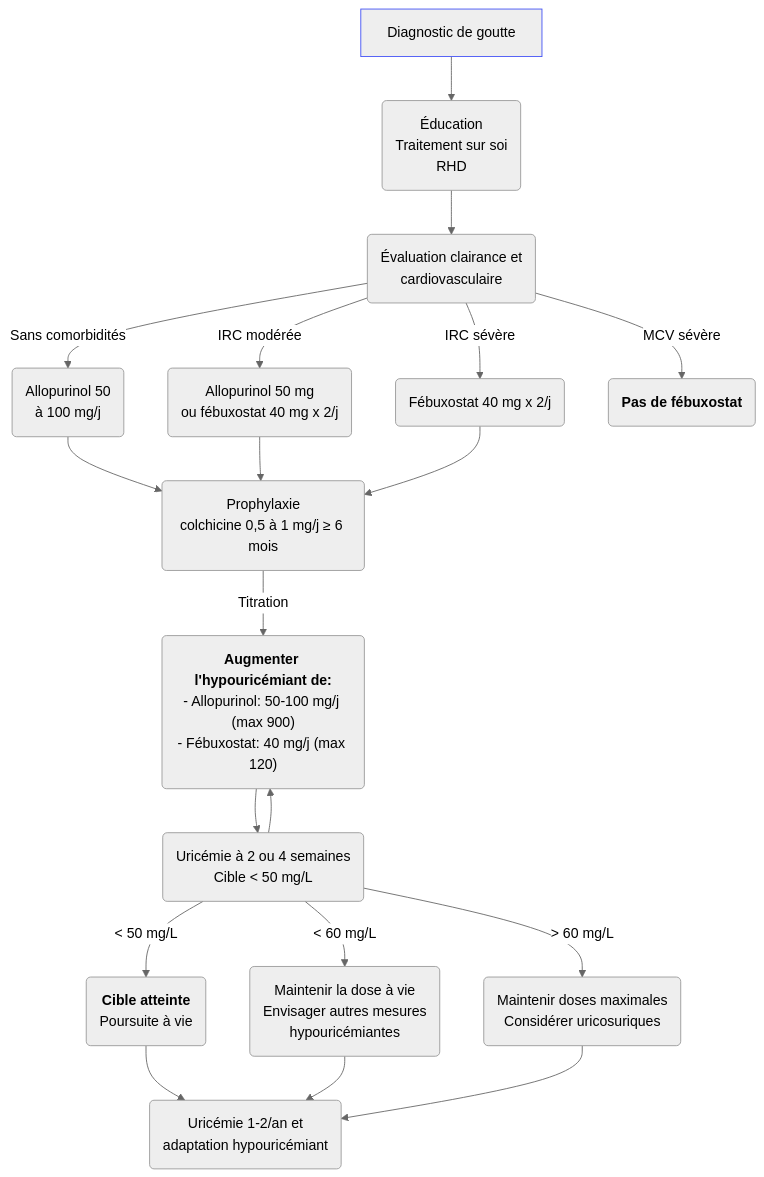
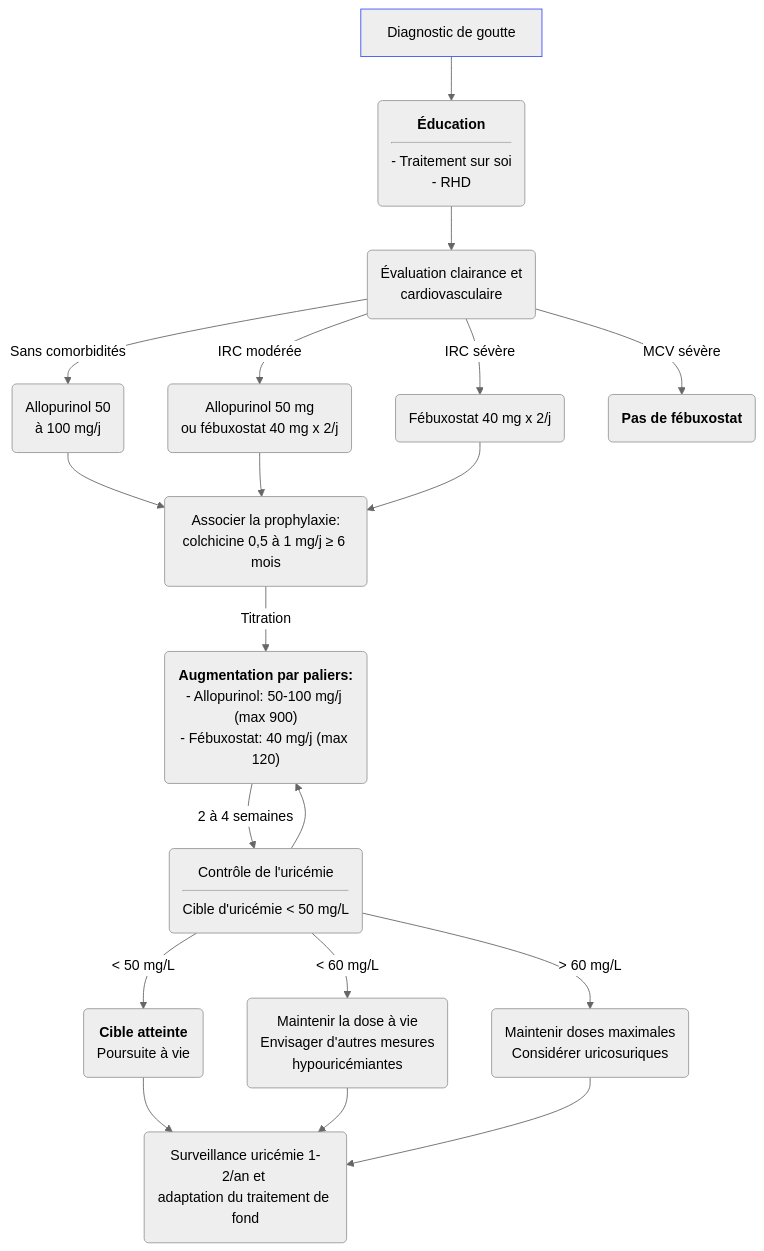
One commit to djibe/recommandations-medicales changed the second of 2 diagrams in content/recommandations/goutte.md. Above: the diagram before and after it, drawn with Mermaid (neutral theme). The commit also changed other lines of this file and 2 other files, not shown here.

```diff
--- a/content/recommandations/goutte.md
+++ b/content/recommandations/goutte.md
@@ -341,15 +325,15 @@
 {{< mermaid title="Conduite à tenir thérapeutique pour le traitement hypouricémiant. Dr JB FRON d'après SFR 2020" >}}
 graph TB
-  diagnostic[Diagnostic de goutte] --> education(Éducation<br>Traitement sur soi<br>RHD)
+  diagnostic[Diagnostic de goutte] --> education(<b>Éducation</b><hr>- Traitement sur soi<br>- RHD)
   style diagnostic stroke:#4150f5, stroke-width:1px
     education --> clairance(Évaluation clairance et<br>cardiovasculaire)
-      clairance -- Sans comorbidités --> allopurinol(Allopurinol 50<br>à 100 mg/j) --> prophylaxie("Prophylaxie<br>colchicine 0,5 à 1 mg/j &ge; 6 mois")
+      clairance -- Sans comorbidités --> allopurinol(Allopurinol 50<br>à 100 mg/j) --> prophylaxie("Associer la prophylaxie:<br>colchicine 0,5 à 1 mg/j &ge; 6 mois")
       clairance -- IRC modérée --> ircmoderee(Allopurinol 50 mg<br>ou fébuxostat 40 mg x 2/j) --> prophylaxie
       clairance -- IRC sévère --> ircsevere(Fébuxostat 40 mg x 2/j) --> prophylaxie
       clairance -- MCV sévère --> mcv(<b>Pas de fébuxostat</b>)
-        prophylaxie -- Titration --> titration("<b>Augmenter l'hypouricémiant de:</b><br>- Allopurinol: 50-100 mg/j (max 900)<br>- Fébuxostat: 40 mg/j (max 120)")
-          titration --> uricemie(Uricémie à 2 ou 4 semaines<br>Cible &lt; 50 mg/L) --> titration
-            uricemie -- "&lt; 50 mg/L" --> cible(<b>Cible atteinte</b><br>Poursuite à vie) --> surv("Uricémie 1-2/an et <br>adaptation hypouricémiant")
-            uricemie -- "&lt; 60 mg/L" --> presque(Maintenir la dose à vie<br>Envisager autres mesures<br>hypouricémiantes) --> surv
+        prophylaxie -- Titration --> titration("<b>Augmentation par paliers:</b><br>- Allopurinol: 50-100 mg/j (max 900)<br>- Fébuxostat: 40 mg/j (max 120)")
+          titration -- 2 à 4 semaines --> uricemie(Contrôle de l'uricémie<hr>Cible d'uricémie &lt; 50 mg/L) --> titration
+            uricemie -- "&lt; 50 mg/L" --> cible(<b>Cible atteinte</b><br>Poursuite à vie) --> surv("Surveillance uricémie 1-2/an et <br>adaptation du traitement de fond")
+            uricemie -- "&lt; 60 mg/L" --> presque(Maintenir la dose à vie<br>Envisager d'autres mesures<br>hypouricémiantes) --> surv
             uricemie -- "> 60 mg/L" --> hors(Maintenir doses maximales<br>Considérer uricosuriques) --> surv
 {{< /mermaid >}}
```
